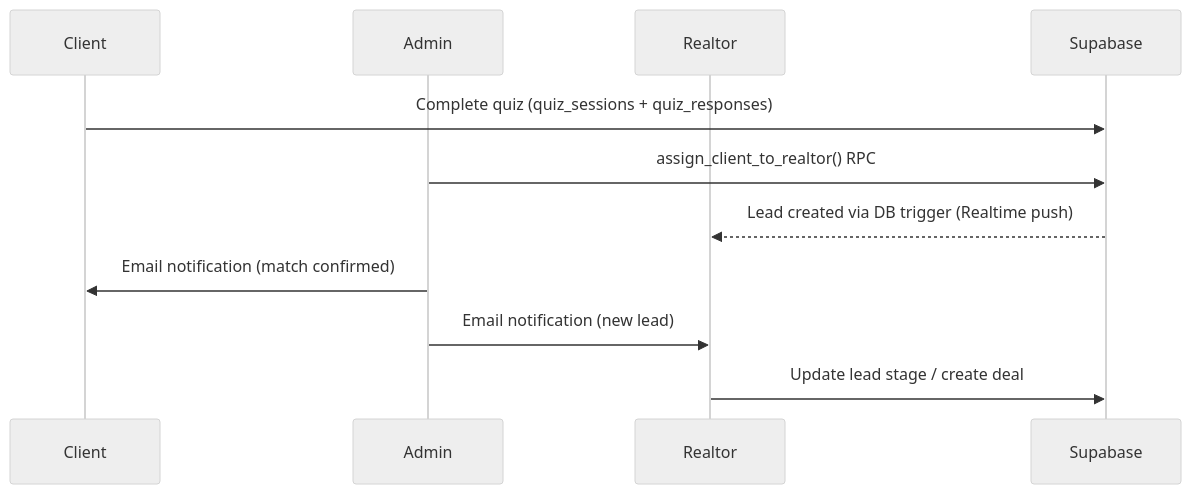
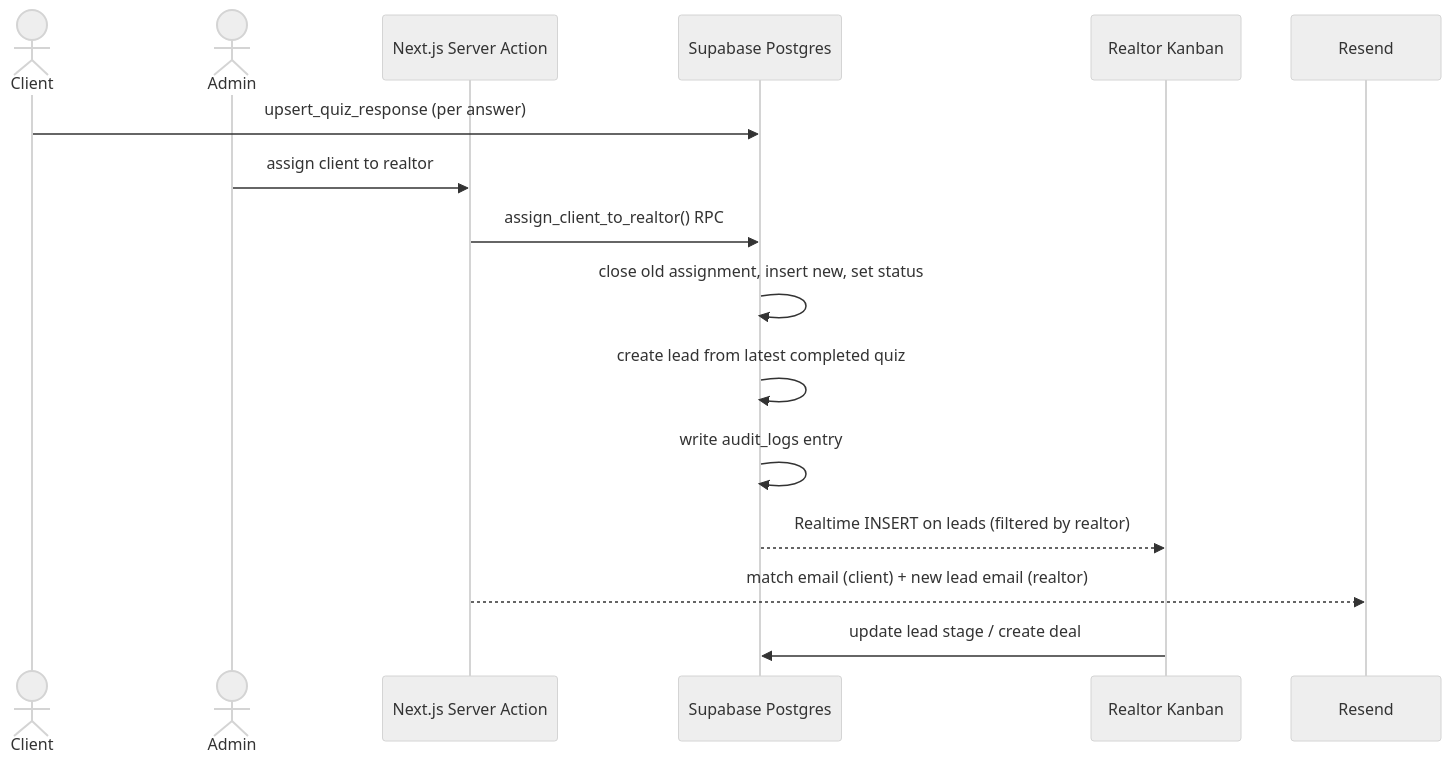
The second of 2 diagrams in README.md (ar1shah/Align), drawn with Mermaid (neutral theme) before and after one commit. The commit also changed other lines of this file, not shown here.

````diff
--- a/README.md
+++ b/README.md
@@ -97,14 +104,19 @@
 ```mermaid
 sequenceDiagram
-  participant C as Client
-  participant A as Admin
-  participant R as Realtor
-  participant DB as Supabase
+  actor C as Client
+  actor A as Admin
+  participant App as Next.js Server Action
+  participant DB as Supabase Postgres
+  participant R as Realtor Kanban
+  participant Mail as Resend
 
-  C->>DB: Complete quiz (quiz_sessions + quiz_responses)
-  A->>DB: assign_client_to_realtor() RPC
-  DB-->>R: Lead created via DB trigger (Realtime push)
-  A->>C: Email notification (match confirmed)
-  A->>R: Email notification (new lead)
-  R->>DB: Update lead stage / create deal
+  C->>DB: upsert_quiz_response (per answer)
+  A->>App: assign client to realtor
+  App->>DB: assign_client_to_realtor() RPC
+  DB->>DB: close old assignment, insert new, set status
+  DB->>DB: create lead from latest completed quiz
+  DB->>DB: write audit_logs entry
+  DB-->>R: Realtime INSERT on leads (filtered by realtor)
+  App-->>Mail: match email (client) + new lead email (realtor)
+  R->>DB: update lead stage / create deal
 ```
````
